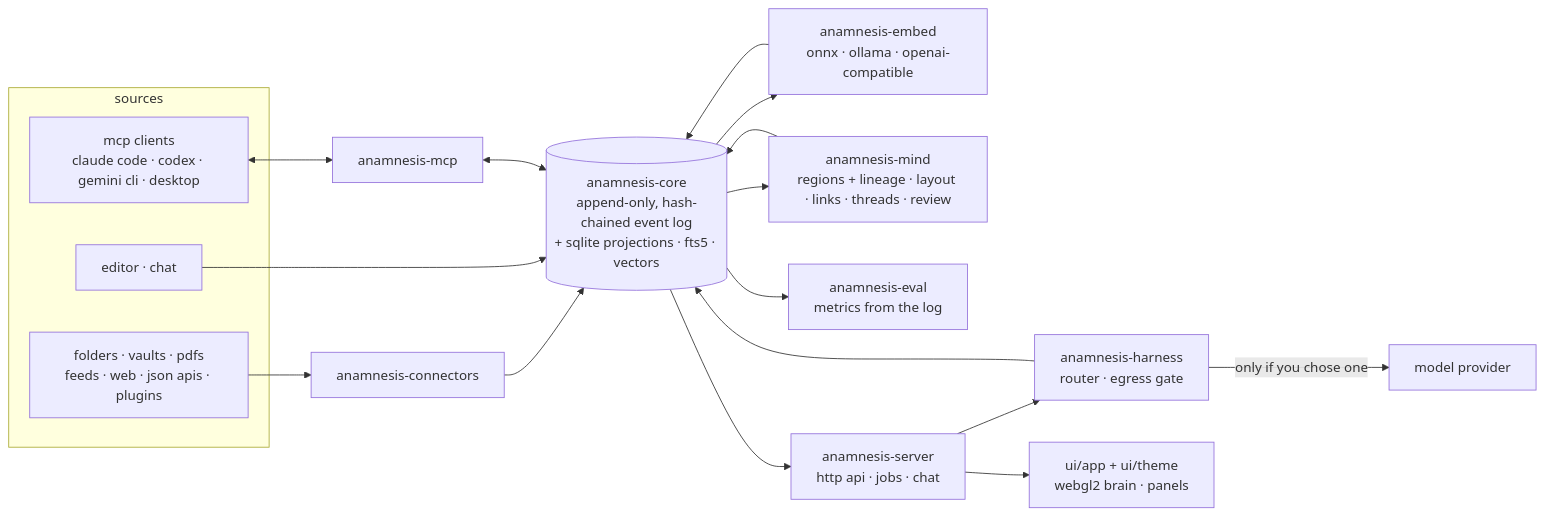
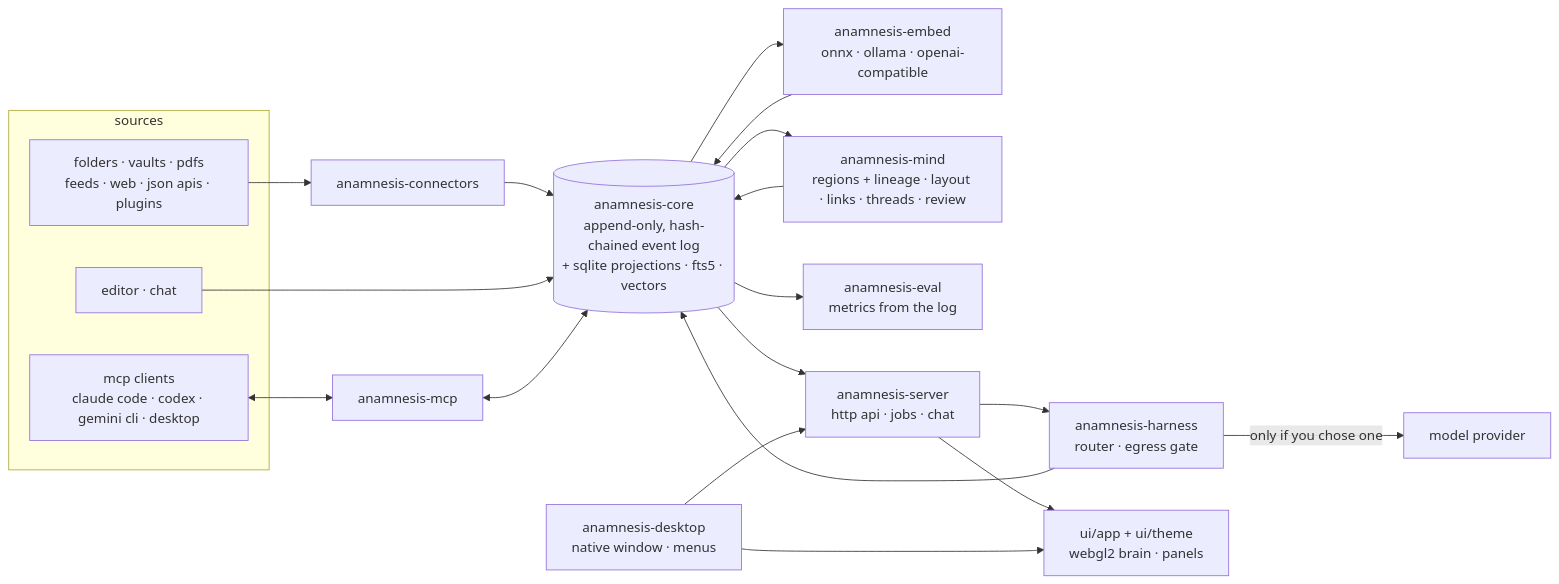
The diagram in README.md (aphesist/anamnesis), drawn with Mermaid before and after one commit. The commit also changed other lines of this file and 1 other file, not shown here.

First line of the commit message:
Describe the desktop app and its prebuilt demo brain in the README

````diff
--- a/README.md
+++ b/README.md
@@ -170,22 +172,24 @@
 ```mermaid
 flowchart LR
   subgraph sources
     F[folders · vaults · pdfs<br/>feeds · web · json apis · plugins]
     E[editor · chat]
     M[mcp clients<br/>claude code · codex · gemini cli · desktop]
   end
   F --> C[anamnesis-connectors]
   C --> L[(anamnesis-core<br/>append-only, hash-chained event log<br/>+ sqlite projections · fts5 · vectors)]
   E --> L
   M <--> P[anamnesis-mcp] <--> L
   L --> EM[anamnesis-embed<br/>onnx · ollama · openai-compatible]
   EM --> L
   L --> MI[anamnesis-mind<br/>regions + lineage · layout · links · threads · review]
   MI --> L
   L --> EV[anamnesis-eval<br/>metrics from the log]
   L --> S[anamnesis-server<br/>http api · jobs · chat]
   S --> H[anamnesis-harness<br/>router · egress gate]
   H -->|only if you chose one| X[model provider]
   H --> L
   S --> U[ui/app + ui/theme<br/>webgl2 brain · panels]
+  D[anamnesis-desktop<br/>native window · menus] --> S
+  D --> U
 ```
````
